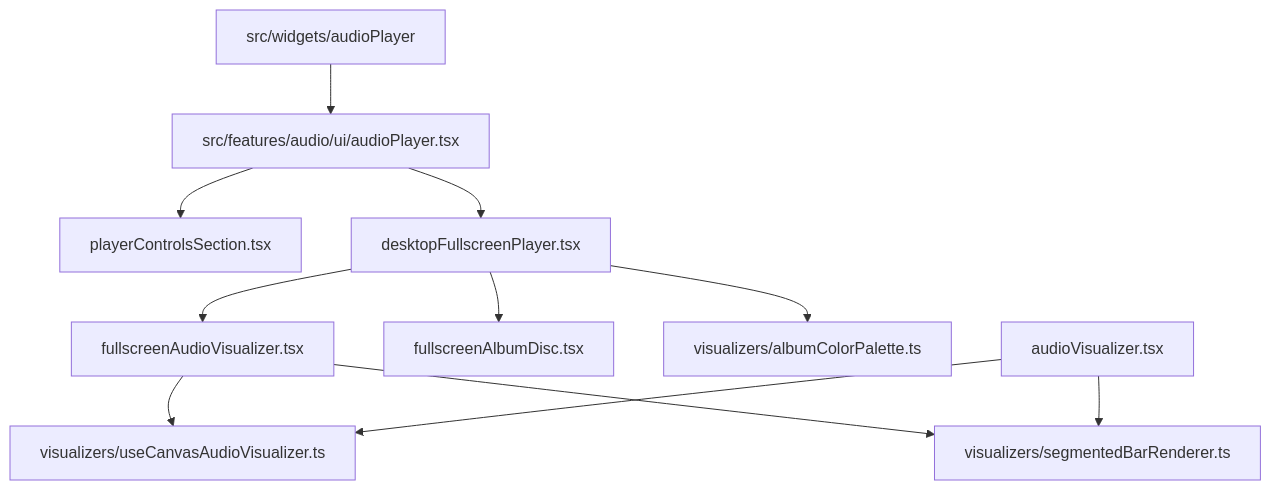
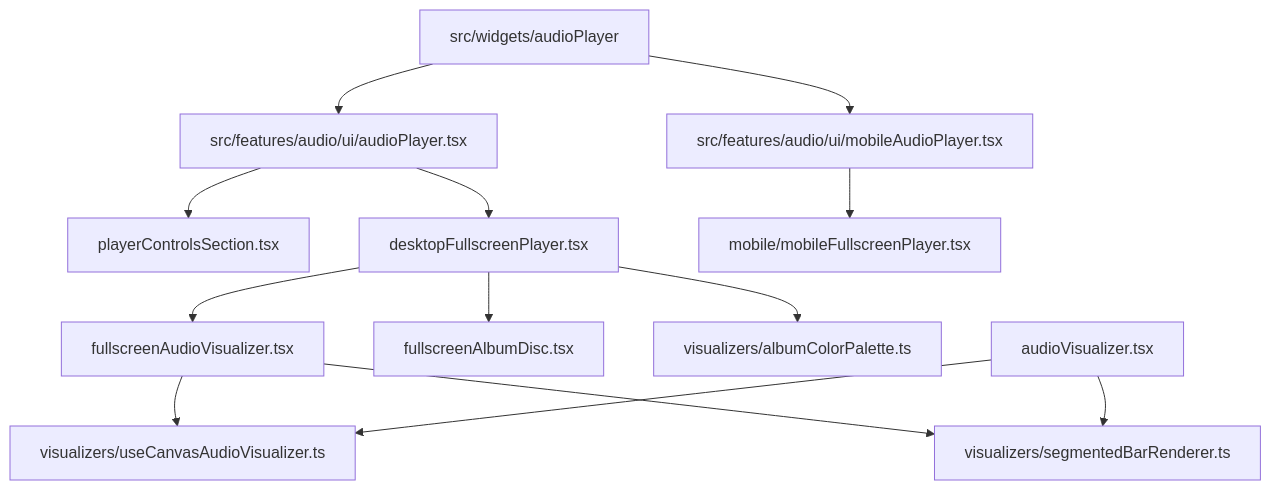
Before and after one commit to HappyMarmot123/EDMM: the fourth of 4 diagrams in docs/architecture/README.md, drawn with Mermaid. The commit also changed other lines of this file and 2 other files, not shown here.

Commit message:
chore: add documentation for architecture and update gitignore with new patterns

````diff
--- a/docs/architecture/README.md
+++ b/docs/architecture/README.md
@@ -98,13 +100,15 @@
 ```mermaid
 flowchart TD
-  AudioWidget[src/widgets/audioPlayer] --> AudioPlayer[src/features/audio/ui/audioPlayer.tsx]
-  AudioPlayer --> Controls[playerControlsSection.tsx]
-  AudioPlayer --> DesktopFullscreen[desktopFullscreenPlayer.tsx]
+  AudioWidget[src/widgets/audioPlayer] --> DesktopAudio[src/features/audio/ui/audioPlayer.tsx]
+  AudioWidget --> MobileAudio[src/features/audio/ui/mobileAudioPlayer.tsx]
+  DesktopAudio --> Controls[playerControlsSection.tsx]
+  DesktopAudio --> DesktopFullscreen[desktopFullscreenPlayer.tsx]
   DesktopFullscreen --> FullscreenViz[fullscreenAudioVisualizer.tsx]
   DesktopFullscreen --> FullscreenDisc[fullscreenAlbumDisc.tsx]
+  MobileAudio --> MobileFullscreen[mobile/mobileFullscreenPlayer.tsx]
   FullscreenViz --> VizLoop[visualizers/useCanvasAudioVisualizer.ts]
   FullscreenViz --> SegmentRenderer[visualizers/segmentedBarRenderer.ts]
   DesktopFullscreen --> AlbumPalette[visualizers/albumColorPalette.ts]
   RegularViz[audioVisualizer.tsx] --> VizLoop
   RegularViz --> SegmentRenderer
 ```
````
